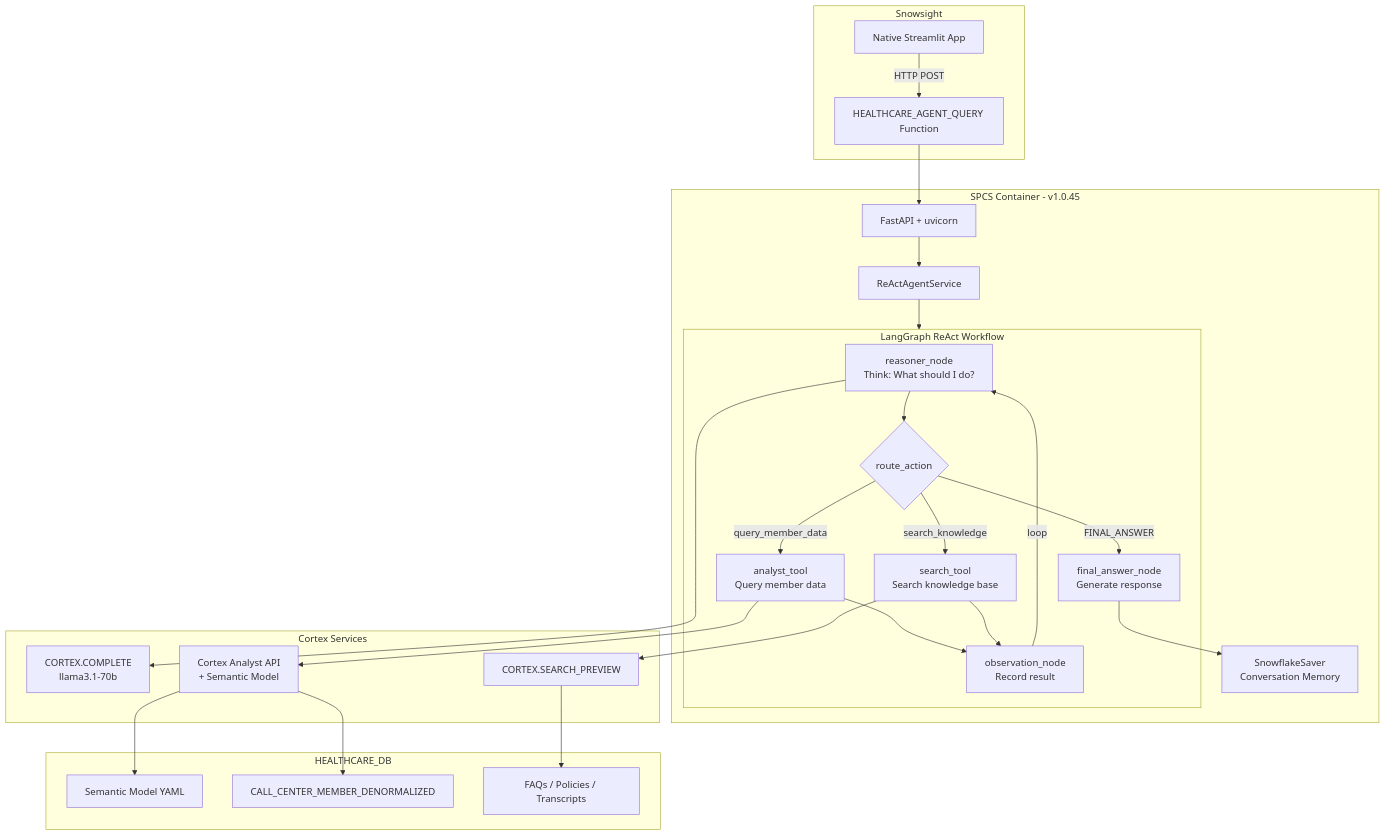
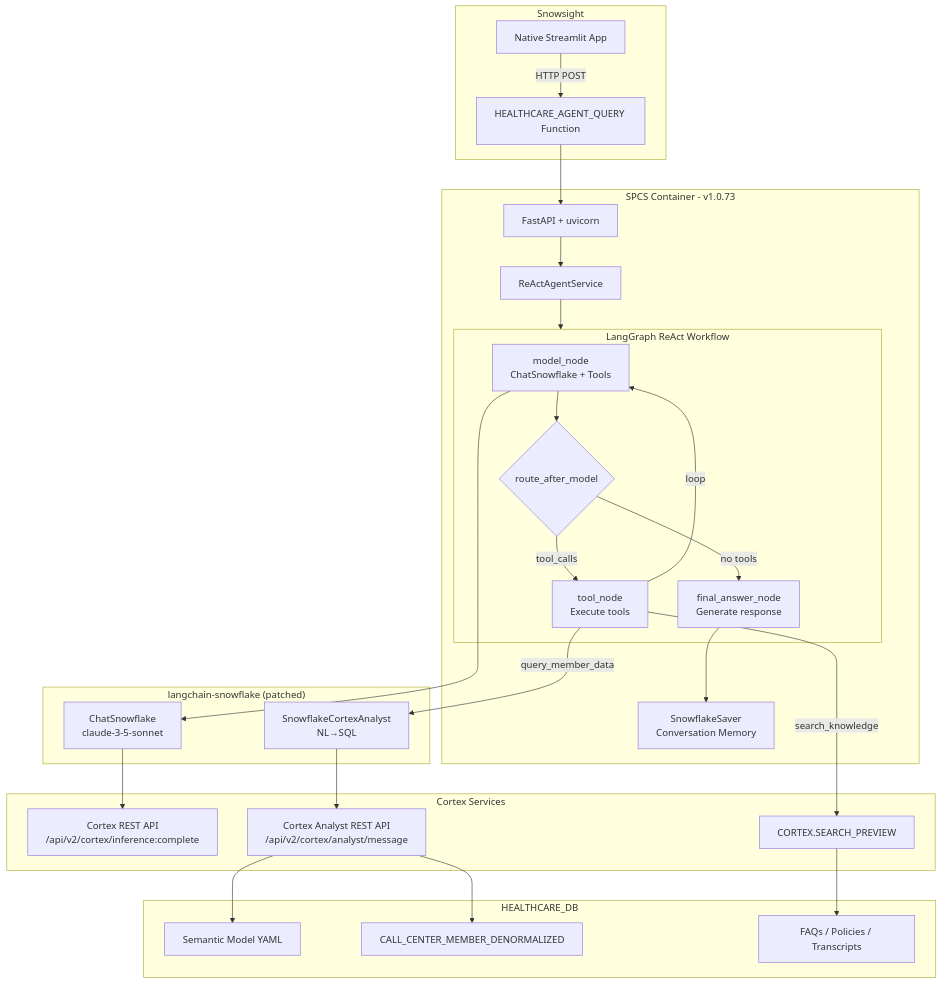
Before and after one commit to NikitaVoitov/snowflake-healthcare-agent: the diagram in README.md, drawn with Mermaid. The commit also changed other lines of this file and 7 other files, not shown here.

First line of the commit message:
feat: Migrate to SnowflakeCortexAnalyst from langchain-snowflake

````diff
--- a/README.md
+++ b/README.md
@@ -40,58 +40,59 @@
 ```mermaid
 flowchart TD
     subgraph snowsight["Snowsight"]
         StreamlitApp["Native Streamlit App"]
         ServiceFunction["HEALTHCARE_AGENT_QUERY Function"]
     end
 
-    subgraph spcs["SPCS Container - v1.0.45"]
+    subgraph spcs["SPCS Container - v1.0.73"]
         FastAPI["FastAPI + uvicorn"]
         ReactService["ReActAgentService"]
         
         subgraph react_graph["LangGraph ReAct Workflow"]
-            Reasoner["reasoner_node<br/>Think: What should I do?"]
-            Router{route_action}
-            AnalystTool["analyst_tool<br/>Query member data"]
-            SearchTool["search_tool<br/>Search knowledge base"]
-            Observation["observation_node<br/>Record result"]
+            ModelNode["model_node<br/>ChatSnowflake + Tools"]
+            Router{route_after_model}
+            ToolNode["tool_node<br/>Execute tools"]
             FinalAnswer["final_answer_node<br/>Generate response"]
         end
         
         Checkpointer["SnowflakeSaver<br/>Conversation Memory"]
     end
 
+    subgraph langchain["langchain-snowflake (patched)"]
+        ChatSnowflake["ChatSnowflake<br/>claude-3-5-sonnet"]
+        CortexAnalyst["SnowflakeCortexAnalyst<br/>NL→SQL"]
+    end
+
     subgraph cortex["Cortex Services"]
-        CortexComplete["CORTEX.COMPLETE<br/>llama3.1-70b"]
-        CortexAnalyst["Cortex Analyst API<br/>+ Semantic Model"]
+        CortexREST["Cortex REST API<br/>/api/v2/cortex/inference:complete"]
+        AnalystREST["Cortex Analyst REST API<br/>/api/v2/cortex/analyst/message"]
         CortexSearch["CORTEX.SEARCH_PREVIEW"]
     end
 
     subgraph db["HEALTHCARE_DB"]
         SemanticModel["Semantic Model YAML"]
         MemberData["CALL_CENTER_MEMBER_DENORMALIZED"]
         KnowledgeData["FAQs / Policies / Transcripts"]
     end
 
     StreamlitApp -->|HTTP POST| ServiceFunction
     ServiceFunction --> FastAPI
     FastAPI --> ReactService
     ReactService --> react_graph
     
-    Reasoner --> Router
-    Router -->|query_member_data| AnalystTool
-    Router -->|search_knowledge| SearchTool
-    Router -->|FINAL_ANSWER| FinalAnswer
+    ModelNode --> Router
+    Router -->|tool_calls| ToolNode
+    Router -->|no tools| FinalAnswer
     
-    AnalystTool --> Observation
-    SearchTool --> Observation
-    Observation -->|loop| Reasoner
-    
+    ToolNode -->|loop| ModelNode
     FinalAnswer --> Checkpointer
     
-    Reasoner --> CortexComplete
-    AnalystTool --> CortexAnalyst
-    SearchTool --> CortexSearch
-    CortexAnalyst --> SemanticModel
-    CortexAnalyst --> MemberData
+    ModelNode --> ChatSnowflake
+    ChatSnowflake --> CortexREST
+    ToolNode -->|query_member_data| CortexAnalyst
+    ToolNode -->|search_knowledge| CortexSearch
+    CortexAnalyst --> AnalystREST
+    AnalystREST --> SemanticModel
+    AnalystREST --> MemberData
     CortexSearch --> KnowledgeData
 ```
````
